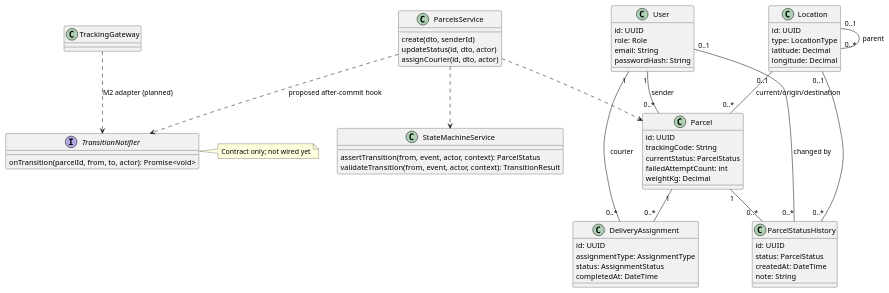
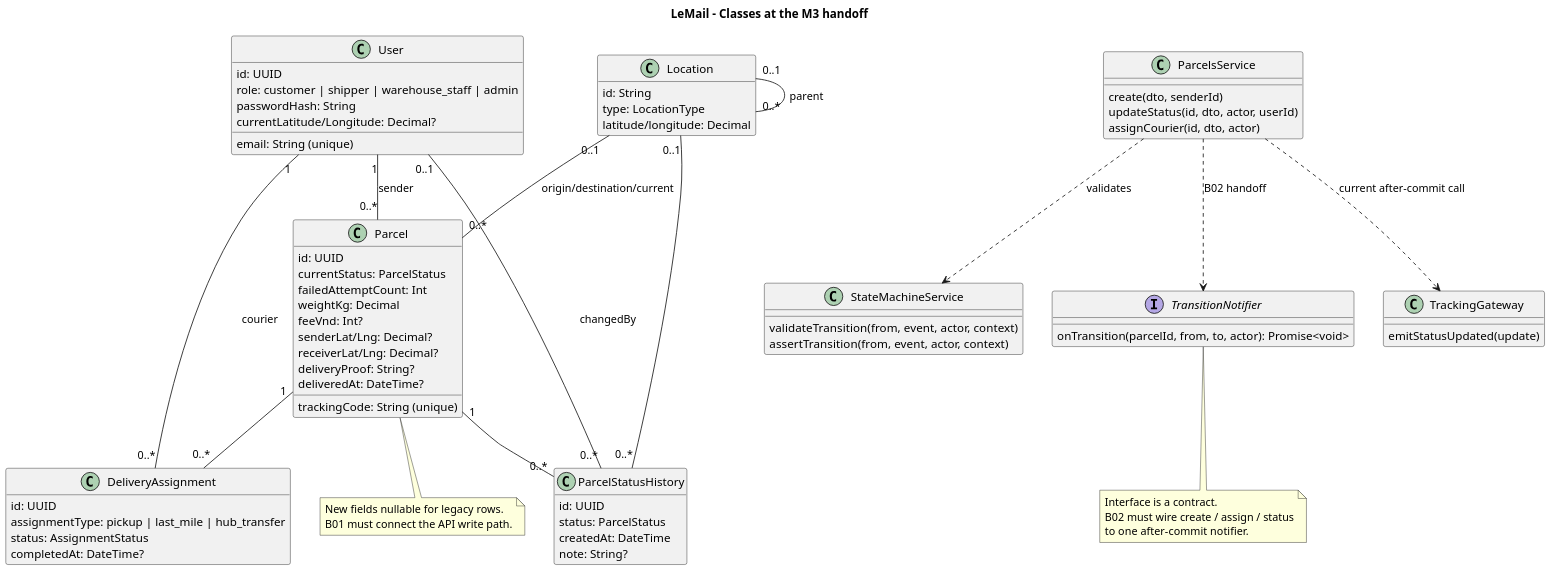
One commit to Lilian576/Last-MileExpressLogistics-ParcelTrackingSystem changed the diagram in docs/uml/class.puml. Above: the diagram before and after it, drawn with PlantUML. The commit also changed 20 other files, not shown here.

```diff
--- a/docs/uml/class.puml
+++ b/docs/uml/class.puml
@@ -1,59 +1,77 @@
 @startuml
+title LeMail - Classes at the M3 handoff
+skinparam shadowing false
+skinparam dpi 150
+hide empty methods
 class User {
   id: UUID
-  role: Role
-  email: String
+  role: customer | shipper | warehouse_staff | admin
+  email: String (unique)
   passwordHash: String
+  currentLatitude/Longitude: Decimal?
 }
 class Parcel {
   id: UUID
-  trackingCode: String
+  trackingCode: String (unique)
   currentStatus: ParcelStatus
-  failedAttemptCount: int
+  failedAttemptCount: Int
   weightKg: Decimal
+  feeVnd: Int?
+  senderLat/Lng: Decimal?
+  receiverLat/Lng: Decimal?
+  deliveryProof: String?
+  deliveredAt: DateTime?
 }
 class ParcelStatusHistory {
   id: UUID
   status: ParcelStatus
   createdAt: DateTime
-  note: String
+  note: String?
 }
 class Location {
-  id: UUID
+  id: String
   type: LocationType
-  latitude: Decimal
-  longitude: Decimal
+  latitude/longitude: Decimal
 }
 class DeliveryAssignment {
   id: UUID
-  assignmentType: AssignmentType
+  assignmentType: pickup | last_mile | hub_transfer
   status: AssignmentStatus
-  completedAt: DateTime
+  completedAt: DateTime?
+}
+class StateMachineService {
+  validateTransition(from, event, actor, context)
+  assertTransition(from, event, actor, context)
 }
 class ParcelsService {
   create(dto, senderId)
-  updateStatus(id, dto, actor)
+  updateStatus(id, dto, actor, userId)
   assignCourier(id, dto, actor)
-}
-class StateMachineService {
-  assertTransition(from, event, actor, context): ParcelStatus
-  validateTransition(from, event, actor, context): TransitionResult
 }
 interface TransitionNotifier {
   onTransition(parcelId, from, to, actor): Promise<void>
 }
-class TrackingGateway
+class TrackingGateway {
+  emitStatusUpdated(update)
+}
 User "1" -- "0..*" Parcel : sender
 User "1" -- "0..*" DeliveryAssignment : courier
-User "0..1" -- "0..*" ParcelStatusHistory : changed by
+User "0..1" -- "0..*" ParcelStatusHistory : changedBy
 Parcel "1" -- "0..*" ParcelStatusHistory
 Parcel "1" -- "0..*" DeliveryAssignment
-Location "0..1" -- "0..*" Parcel : current/origin/destination
+Location "0..1" -- "0..*" Parcel : origin/destination/current
 Location "0..1" -- "0..*" ParcelStatusHistory
 Location "0..1" -- "0..*" Location : parent
-ParcelsService ..> StateMachineService
-ParcelsService ..> Parcel
-ParcelsService ..> TransitionNotifier : proposed after-commit hook
-TrackingGateway ..> TransitionNotifier : M2 adapter (planned)
-note right of TransitionNotifier : Contract only; not wired yet
+ParcelsService ..> StateMachineService : validates
+ParcelsService ..> TrackingGateway : current after-commit call
+ParcelsService ..> TransitionNotifier : B02 handoff
+note bottom of TransitionNotifier
+  Interface is a contract.
+  B02 must wire create / assign / status
+  to one after-commit notifier.
+end note
+note bottom of Parcel
+  New fields nullable for legacy rows.
+  B01 must connect the API write path.
+end note
 @enduml
```
